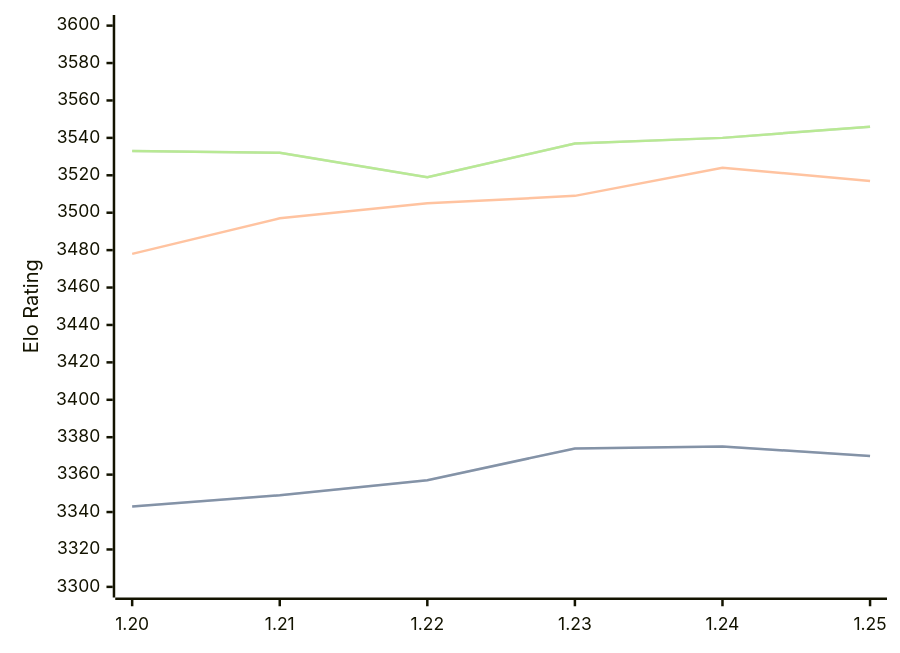
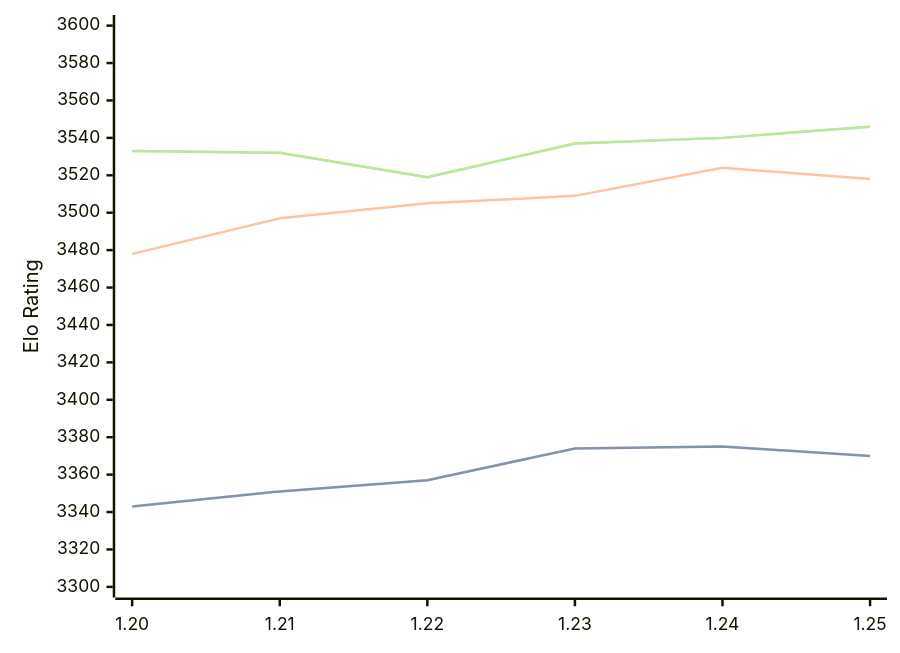
Before and after one commit to computer-chess-index/cci: the diagram in engines/Caissa.md, drawn with Mermaid. The commit also changed other lines of this file, not shown here.

````diff
--- a/engines/Caissa.md
+++ b/engines/Caissa.md
@@ -65,11 +65,11 @@
 ```mermaid
 %%{init: {"theme":"base","themeVariables":{"seriesColors:['#a3a3a3','#222221','#faa371']}}}%%
 xychart-beta
   x-axis ["1.20", "1.21", "1.22", "1.23", "1.24", "1.25"]
   y-axis "Elo Rating" 3300 --> 3600
-  line "STC (8.0+0.08s)" [3343, 3349, 3357, 3374, 3375, 3370]
-  line "STC (8.0+0.08s)" [3343, 3349, 3357, 3374, 3375, 3370]
-  line "LTC (60.0+0.60s)" [3478, 3497, 3505, 3509, 3524, 3517]
+  line "STC (8.0+0.08s)" [3343, 3351, 3357, 3374, 3375, 3370]
+  line "STC (8.0+0.08s)" [3343, 3351, 3357, 3374, 3375, 3370]
+  line "LTC (60.0+0.60s)" [3478, 3497, 3505, 3509, 3524, 3518]
   line "VLTC (2m24s+1.12s)" [3533, 3532, 3519, 3537, 3540, 3546]
   line "VLTC (2m24s+1.12s)" [3533, 3532, 3519, 3537, 3540, 3546]
 ```
````
